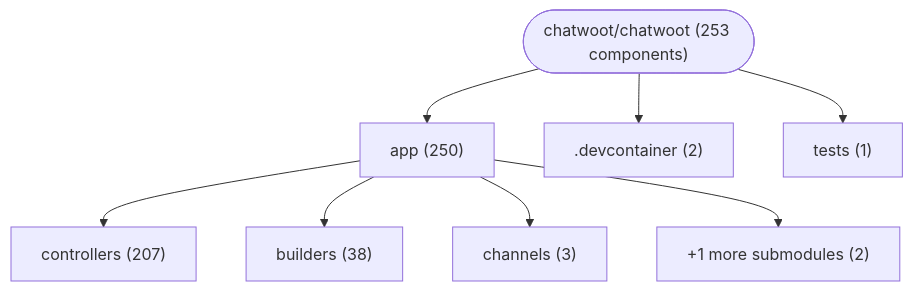
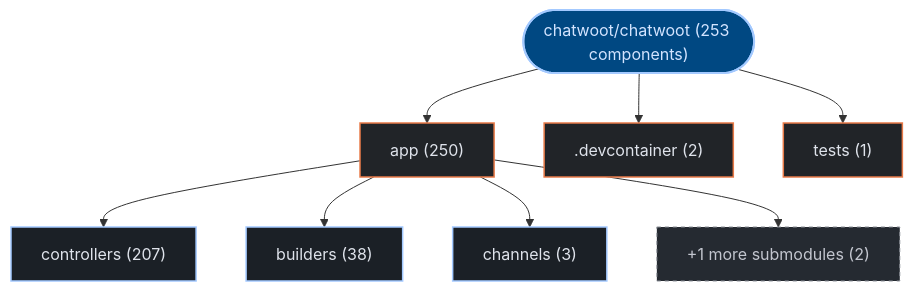
One commit to kumarshaz/atruss-code-atlas changed the first of 3 diagrams in exports/latest/reports/chatwoot-chatwoot-report.md. Above: the diagram before and after it, drawn with Mermaid. The commit also changed other lines of this file and 331 other files, not shown here.

Commit message:
docs,ui,fix: update SDLC docs, reorder CI/CD DAG first, stylize Mermaid, and fix Arc42 pipeline topology

````diff
--- a/exports/latest/reports/chatwoot-chatwoot-report.md
+++ b/exports/latest/reports/chatwoot-chatwoot-report.md
@@ -42,18 +42,25 @@
 ```mermaid
 graph TD;
-    repo_root(["chatwoot/chatwoot (253 components)"])
-    dir_0_app["app (250)"]
+  classDef atlasRoot fill:#004882,stroke:#a3c9ff,stroke-width:2px,color:#d3e4ff
+  classDef atlasCategory fill:#212428,stroke:#E87A48,stroke-width:1.5px,color:#dfe3eb
+  classDef atlasWorkflow fill:#1b2026,stroke:#a3c9ff,stroke-width:1.5px,color:#dfe3eb
+  classDef atlasJob fill:#171c22,stroke:#8d9199,stroke-width:1px,color:#dfe3eb
+  classDef atlasTarget fill:#005227,stroke:#8bd99b,stroke-width:1.5px,color:#a7f6b6
+  classDef atlasAlert fill:#93000a,stroke:#ffb4ab,stroke-width:1.5px,color:#ffdad6
+  classDef atlasMore fill:#252a31,stroke:#8d9199,stroke-dasharray:4 4,color:#c3c6cf
+    repo_root(["chatwoot/chatwoot (253 components)"]):::atlasRoot
+    dir_0_app["app (250)"]:::atlasCategory
     repo_root --> dir_0_app
-    sub_0_0_controllers["controllers (207)"]
+    sub_0_0_controllers["controllers (207)"]:::atlasWorkflow
     dir_0_app --> sub_0_0_controllers
-    sub_0_1_builders["builders (38)"]
+    sub_0_1_builders["builders (38)"]:::atlasWorkflow
     dir_0_app --> sub_0_1_builders
-    sub_0_2_channels["channels (3)"]
+    sub_0_2_channels["channels (3)"]:::atlasWorkflow
     dir_0_app --> sub_0_2_channels
-    sub_0_more["+1 more submodules (2)"]
+    sub_0_more["+1 more submodules (2)"]:::atlasMore
     dir_0_app --> sub_0_more
-    dir_1__devcontainer[".devcontainer (2)"]
+    dir_1__devcontainer[".devcontainer (2)"]:::atlasCategory
     repo_root --> dir_1__devcontainer
-    dir_2_tests["tests (1)"]
+    dir_2_tests["tests (1)"]:::atlasCategory
     repo_root --> dir_2_tests
 ```
````
